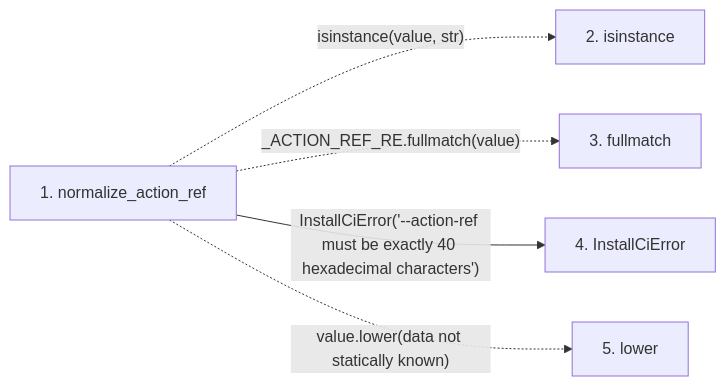
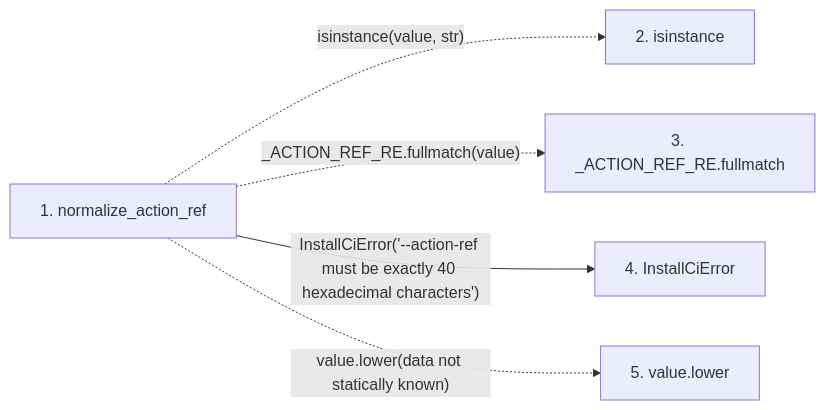
The second of 2 diagrams in docs/llm_wiki/flows/api-normalize_action_ref.md (Denissvgn/python-wiki-llm), drawn with Mermaid before and after one commit. The commit also changed other lines of this file and 719 other files, not shown here.

````diff
--- a/docs/llm_wiki/flows/api-normalize_action_ref.md
+++ b/docs/llm_wiki/flows/api-normalize_action_ref.md
@@ -26,14 +26,14 @@
 ```mermaid
 flowchart LR
     s1["1. normalize_action_ref"]
     s2["2. isinstance"]
-    s3["3. fullmatch"]
+    s3["3. _ACTION_REF_RE.fullmatch"]
     s4["4. InstallCiError"]
-    s5["5. lower"]
+    s5["5. value.lower"]
     s1 -. "isinstance(value, str)" .-> s2
     s1 -. "_ACTION_REF_RE.fullmatch(value)" .-> s3
     s1 -->|"InstallCiError('--action-ref must be exactly 40 hexadecimal characters')"| s4
     s1 -. "value.lower(data not statically known)" .-> s5
     click s1 "../modules/ci_installer.md"
     click s4 "../modules/ci_installer.md"
 ```
````
